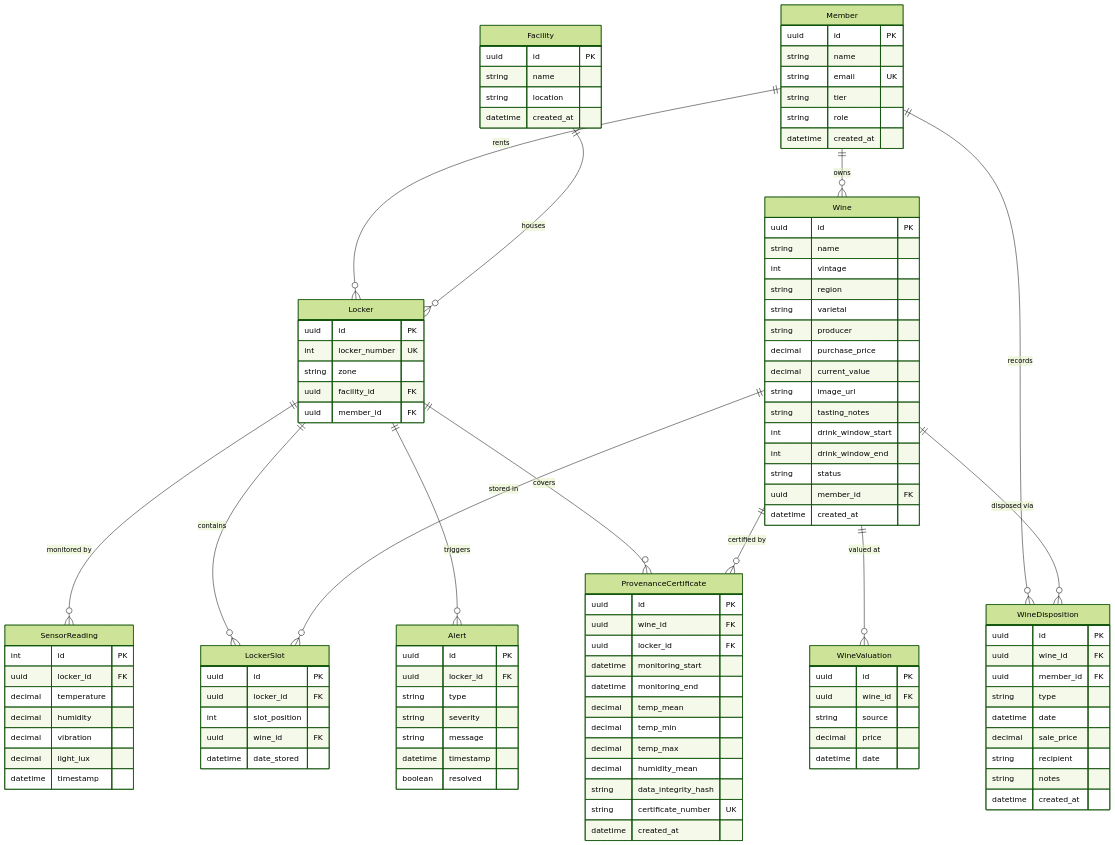
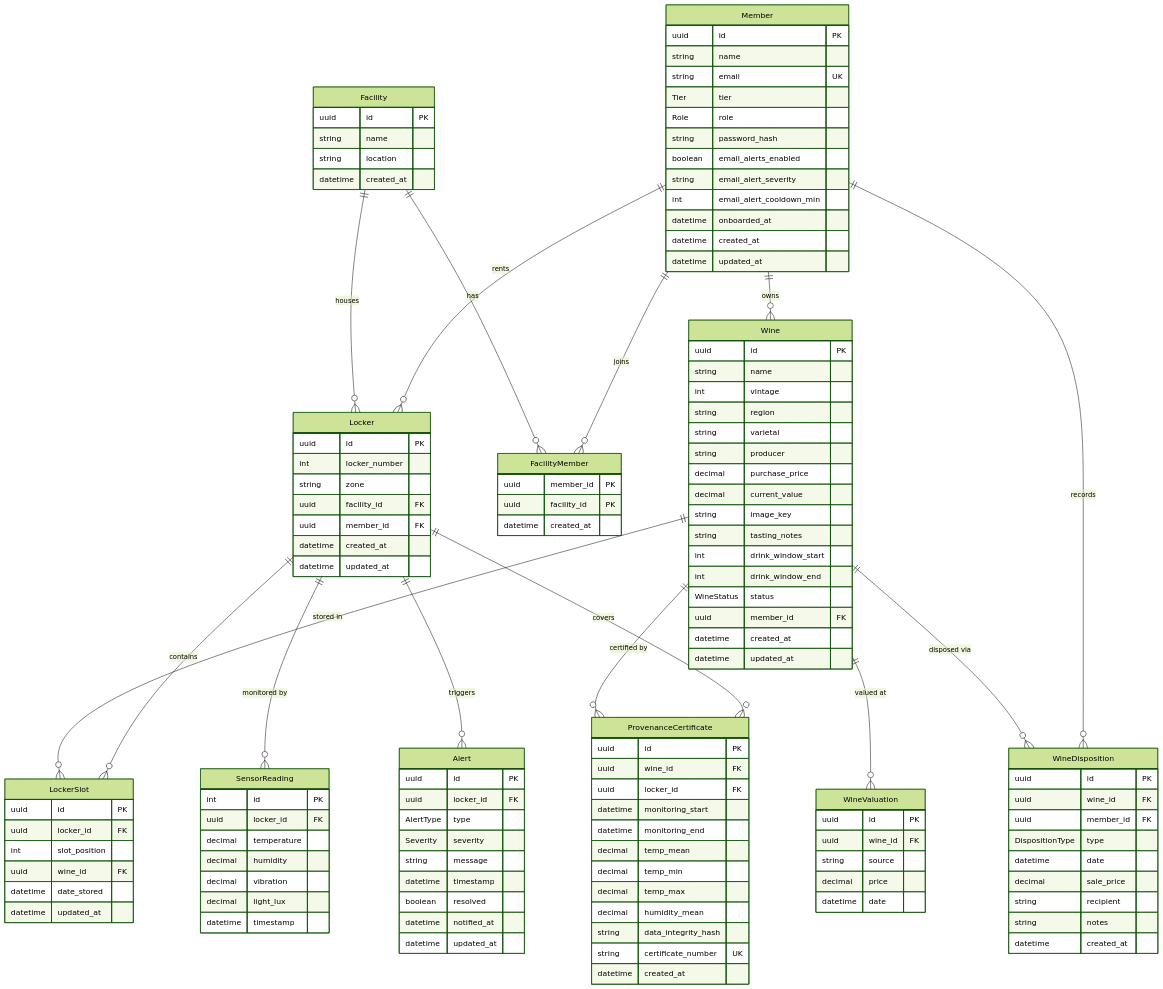
Before and after one commit to nathanielsohn/caveau-app: the diagram in docs/DATA_MODEL.md, drawn with Mermaid (forest theme). The commit also changed other lines of this file and 10 other files, not shown here.

First line of the commit message:
docs: resync with code — schema, file trees, env vars, API routes

````diff
--- a/docs/DATA_MODEL.md
+++ b/docs/DATA_MODEL.md
@@ -7,6 +7,8 @@
 ```mermaid
 erDiagram
     Facility ||--o{ Locker : "houses"
+    Facility ||--o{ FacilityMember : "has"
+    Member ||--o{ FacilityMember : "joins"
     Member ||--o{ Wine : "owns"
     Member ||--o{ Locker : "rents"
     Wine ||--o{ LockerSlot : "stored in"
@@ -25,13 +27,24 @@
         string location
         datetime created_at
     }
+    FacilityMember {
+        uuid member_id PK
+        uuid facility_id PK
+        datetime created_at
+    }
     Member {
         uuid id PK
         string name
         string email UK
-        string tier
-        string role
+        Tier tier
+        Role role
+        string password_hash
+        boolean email_alerts_enabled
+        string email_alert_severity
+        int email_alert_cooldown_min
+        datetime onboarded_at
         datetime created_at
+        datetime updated_at
     }
     Wine {
         uuid id PK
@@ -42,13 +55,14 @@
         string producer
         decimal purchase_price
         decimal current_value
-        string image_url
+        string image_key
         string tasting_notes
         int drink_window_start
         int drink_window_end
-        string status
+        WineStatus status
         uuid member_id FK
         datetime created_at
+        datetime updated_at
     }
     WineValuation {
         uuid id PK
@@ -59,10 +73,12 @@
     }
     Locker {
         uuid id PK
-        int locker_number UK
+        int locker_number
         string zone
         uuid facility_id FK
         uuid member_id FK
+        datetime created_at
+        datetime updated_at
     }
     LockerSlot {
         uuid id PK
@@ -70,6 +86,7 @@
         int slot_position
         uuid wine_id FK
         datetime date_stored
+        datetime updated_at
     }
     SensorReading {
         int id PK
@@ -83,11 +100,13 @@
     Alert {
         uuid id PK
         uuid locker_id FK
-        string type
-        string severity
+        AlertType type
+        Severity severity
         string message
         datetime timestamp
         boolean resolved
+        datetime notified_at
+        datetime updated_at
     }
     ProvenanceCertificate {
         uuid id PK
@@ -107,7 +126,7 @@
         uuid id PK
         uuid wine_id FK
         uuid member_id FK
-        string type
+        DispositionType type
         datetime date
         decimal sale_price
         string recipient
````
